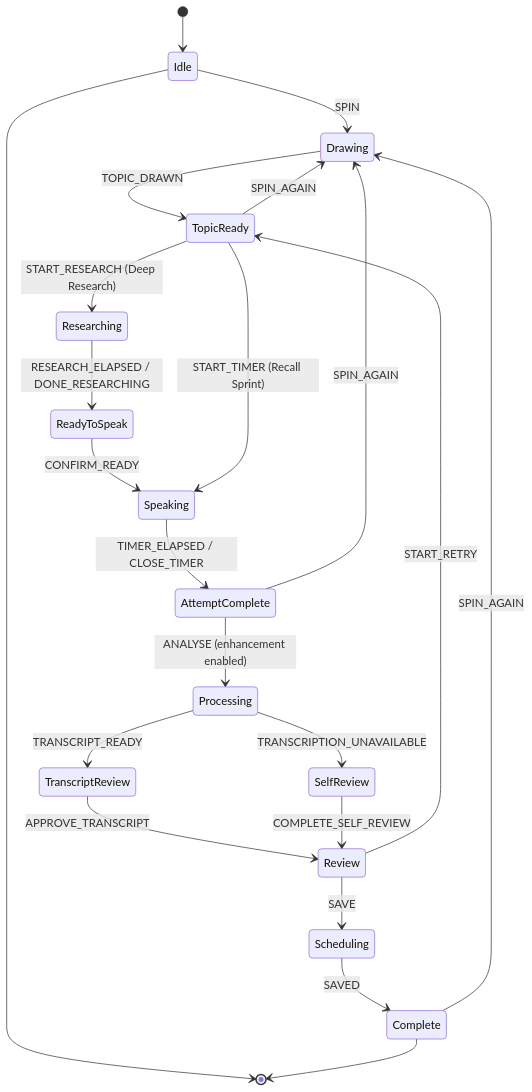
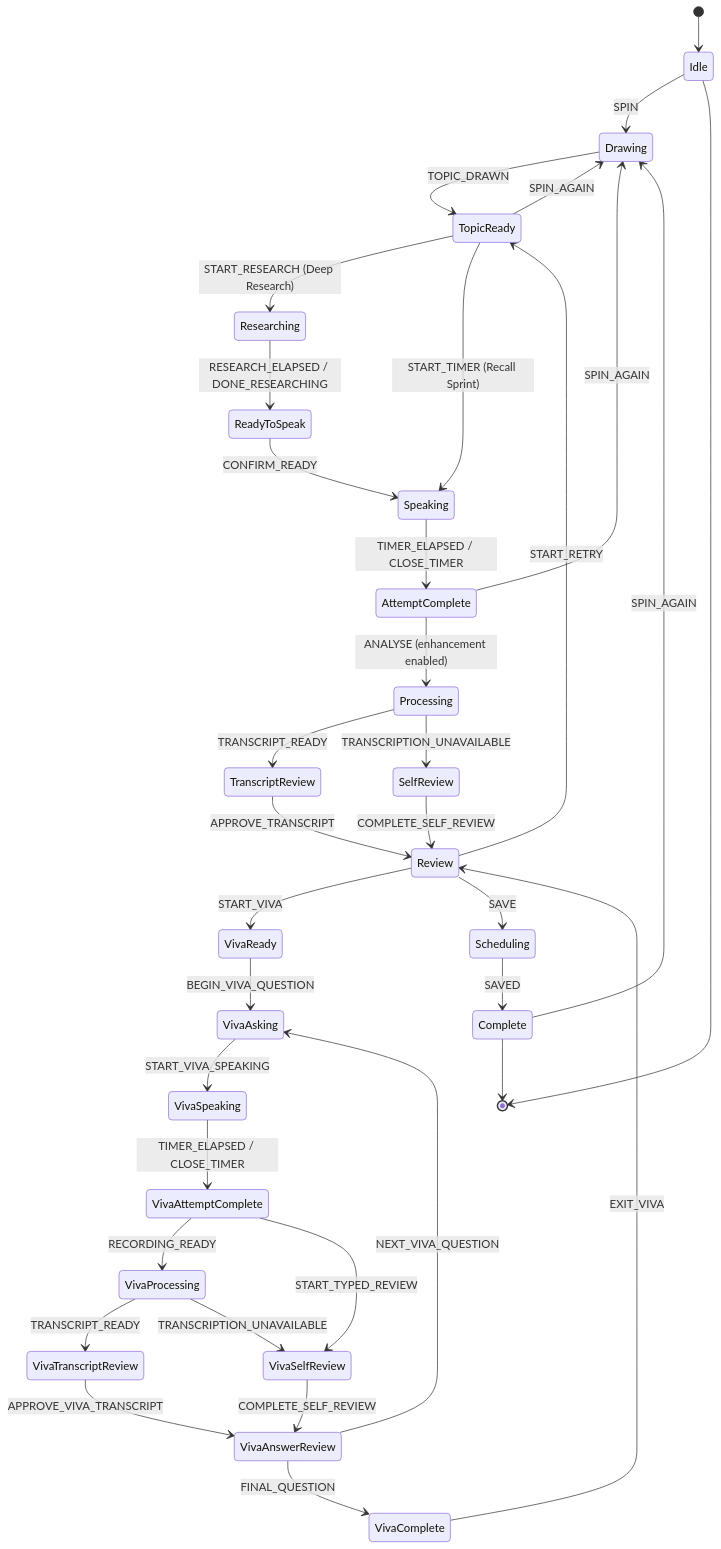
The second of 3 diagrams in docs/L3_COMPONENT_DESIGN.md (utkarsh-senpai/MediPrompt), drawn with Mermaid before and after one commit. The commit also changed other lines of this file and 27 other files, not shown here.

````diff
--- a/docs/L3_COMPONENT_DESIGN.md
+++ b/docs/L3_COMPONENT_DESIGN.md
@@ -162,24 +162,37 @@
 ```mermaid
 stateDiagram-v2
     [*] --> Idle
     Idle --> Drawing: SPIN
     Drawing --> TopicReady: TOPIC_DRAWN
     TopicReady --> Drawing: SPIN_AGAIN
     TopicReady --> Researching: START_RESEARCH (Deep Research)
     Researching --> ReadyToSpeak: RESEARCH_ELAPSED / DONE_RESEARCHING
     ReadyToSpeak --> Speaking: CONFIRM_READY
     TopicReady --> Speaking: START_TIMER (Recall Sprint)
     Speaking --> AttemptComplete: TIMER_ELAPSED / CLOSE_TIMER
     AttemptComplete --> Drawing: SPIN_AGAIN
     AttemptComplete --> Processing: ANALYSE (enhancement enabled)
     Processing --> TranscriptReview: TRANSCRIPT_READY
     Processing --> SelfReview: TRANSCRIPTION_UNAVAILABLE
     TranscriptReview --> Review: APPROVE_TRANSCRIPT
     SelfReview --> Review: COMPLETE_SELF_REVIEW
     Review --> TopicReady: START_RETRY
+    Review --> VivaReady: START_VIVA
+    VivaReady --> VivaAsking: BEGIN_VIVA_QUESTION
+    VivaAsking --> VivaSpeaking: START_VIVA_SPEAKING
+    VivaSpeaking --> VivaAttemptComplete: TIMER_ELAPSED / CLOSE_TIMER
+    VivaAttemptComplete --> VivaProcessing: RECORDING_READY
+    VivaAttemptComplete --> VivaSelfReview: START_TYPED_REVIEW
+    VivaProcessing --> VivaTranscriptReview: TRANSCRIPT_READY
+    VivaProcessing --> VivaSelfReview: TRANSCRIPTION_UNAVAILABLE
+    VivaTranscriptReview --> VivaAnswerReview: APPROVE_VIVA_TRANSCRIPT
+    VivaSelfReview --> VivaAnswerReview: COMPLETE_SELF_REVIEW
+    VivaAnswerReview --> VivaAsking: NEXT_VIVA_QUESTION
+    VivaAnswerReview --> VivaComplete: FINAL_QUESTION
+    VivaComplete --> Review: EXIT_VIVA
     Review --> Scheduling: SAVE
     Scheduling --> Complete: SAVED
     Complete --> Drawing: SPIN_AGAIN
     Idle --> [*]
     Complete --> [*]
 ```
````
